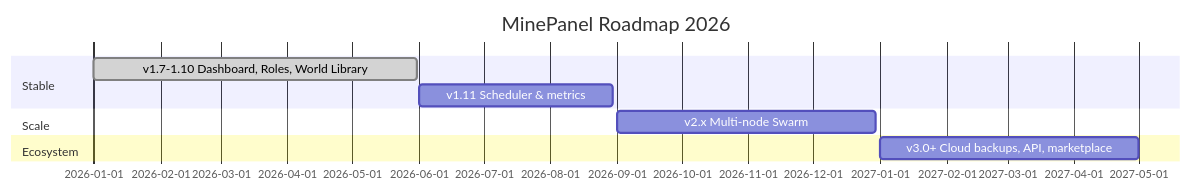
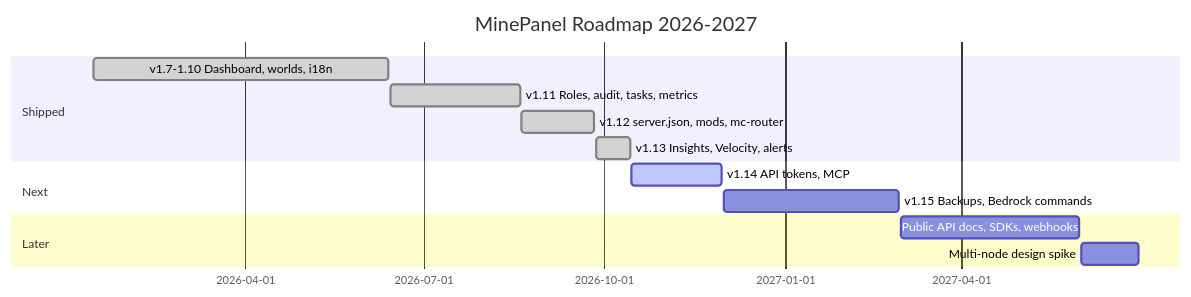
Before and after one commit to Ketbome/minepanel: the third of 3 diagrams in doc/roadmap.md, drawn with Mermaid. The commit also changed other lines of this file and 1 other file, not shown here.

First line of the commit message:
docs(roadmap): refresh shipped items and plans for v1.13 (#352)

````diff
--- a/doc/roadmap.md
+++ b/doc/roadmap.md
@@ -313,15 +328,19 @@
 ```mermaid
 gantt
-    title MinePanel Roadmap 2026
+    title MinePanel Roadmap 2026-2027
     dateFormat YYYY-MM-DD
 
-    section Stable
-    v1.7-1.10 Dashboard, Roles, World Library :done, a1, 2026-01-01, 150d
-    v1.11 Scheduler & metrics                 :a1b, 2026-06-01, 90d
+    section Shipped
+    v1.7-1.10 Dashboard, worlds, i18n      :done, a1, 2026-01-14, 2026-06-13
+    v1.11 Roles, audit, tasks, metrics     :done, a2, 2026-06-14, 2026-08-19
+    v1.12 server.json, mods, mc-router     :done, a3, 2026-08-20, 2026-09-26
+    v1.13 Insights, Velocity, alerts       :done, a4, 2026-09-27, 2026-10-14
 
-    section Scale
-    v2.x Multi-node Swarm                     :a2, 2026-09-01, 120d
+    section Next
+    v1.14 API tokens, MCP                  :active, a5, 2026-10-15, 2026-11-30
+    v1.15 Backups, Bedrock commands        :a6, 2026-12-01, 2027-02-28
 
-    section Ecosystem
-    v3.0+ Cloud backups, API, marketplace     :a4, 2027-01-01, 120d
+    section Later
+    Public API docs, SDKs, webhooks        :a7, 2027-03-01, 2027-05-31
+    Multi-node design spike                :a8, 2027-06-01, 2027-06-30
 ```
````
